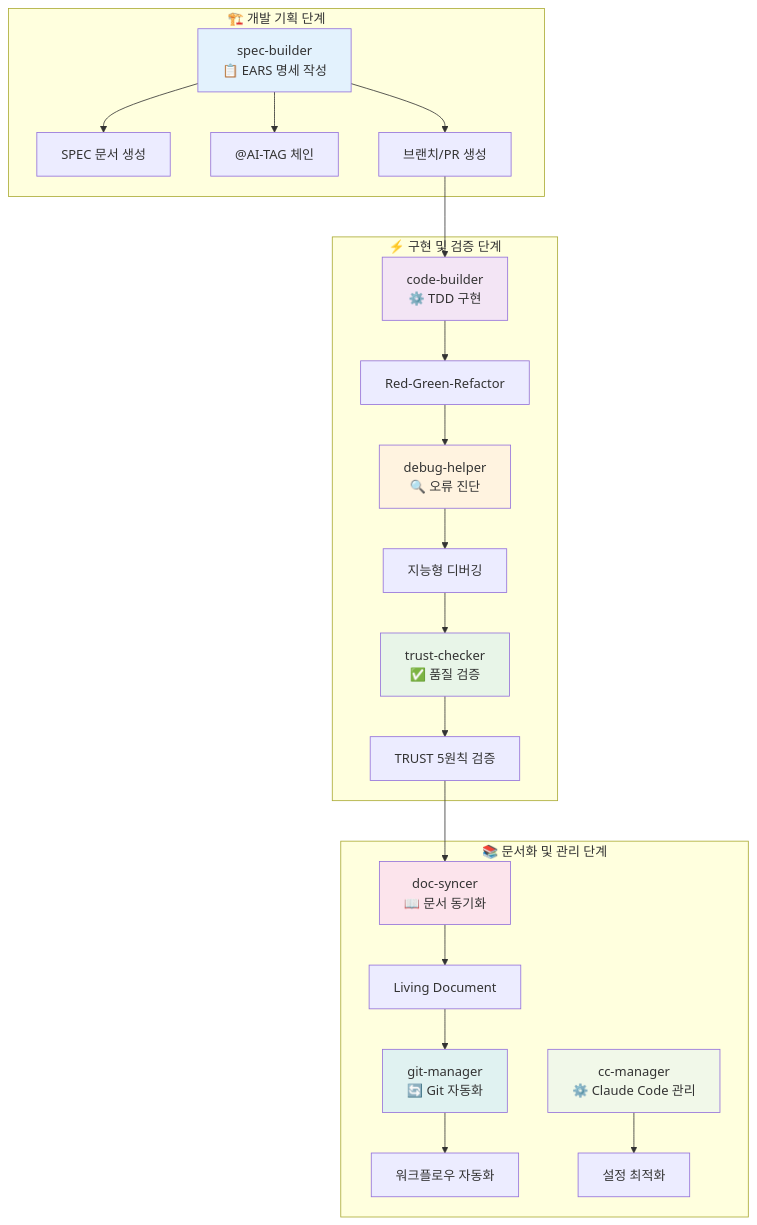
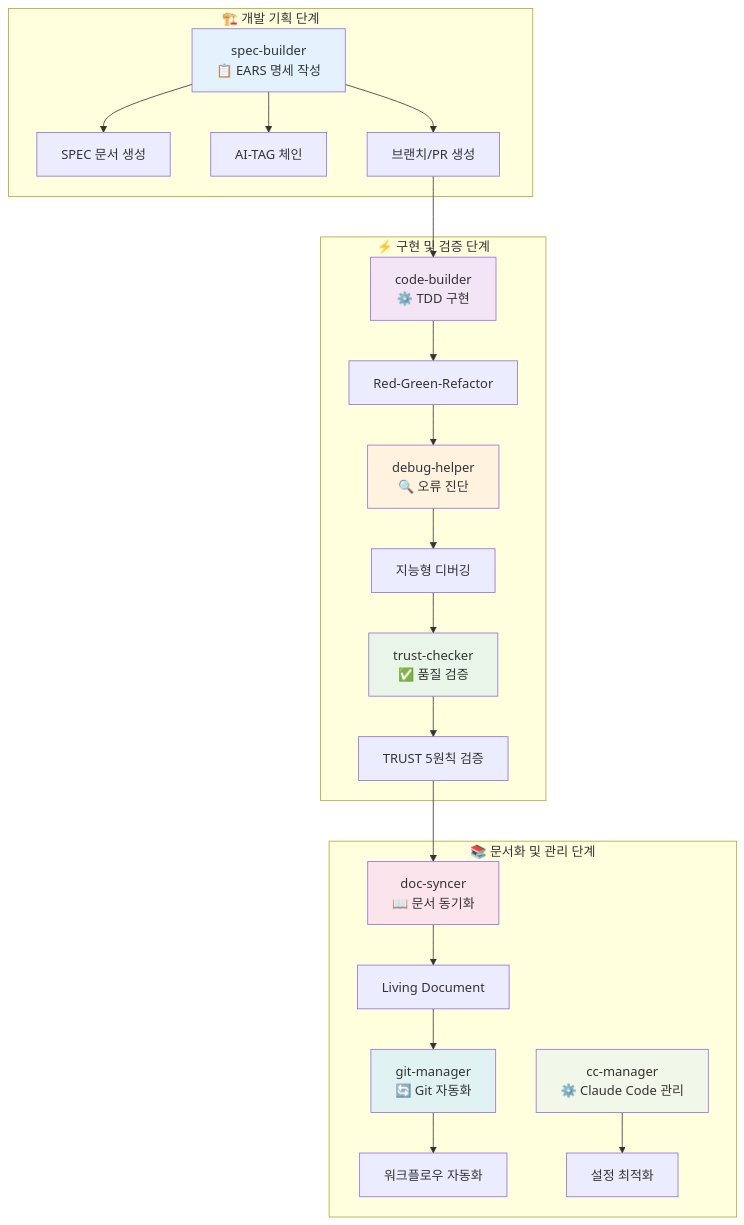
One commit to modu-ai/moai-adk changed the sixth of 6 diagrams in README.md. Above: the diagram before and after it, drawn with Mermaid. The commit also changed other lines of this file and 104 other files, not shown here.

````diff
--- a/README.md
+++ b/README.md
@@ -639,43 +639,43 @@
 ```mermaid
 graph TB
     subgraph "🏗️ 개발 기획 단계"
         A[spec-builder<br/>📋 EARS 명세 작성]
         A --> A1["SPEC 문서 생성"]
-        A --> A2["@AI-TAG 체인"]
+        A --> A2["AI-TAG 체인"]
         A --> A3["브랜치/PR 생성"]
     end
 
     subgraph "⚡ 구현 및 검증 단계"
         B[code-builder<br/>⚙️ TDD 구현]
         C[debug-helper<br/>🔍 오류 진단]
         D[trust-checker<br/>✅ 품질 검증]
 
         B --> B1["Red-Green-Refactor"]
         C --> C1["지능형 디버깅"]
         D --> D1["TRUST 5원칙 검증"]
     end
 
     subgraph "📚 문서화 및 관리 단계"
         E[doc-syncer<br/>📖 문서 동기화]
         F[git-manager<br/>🔄 Git 자동화]
         G[cc-manager<br/>⚙️ Claude Code 관리]
 
         E --> E1["Living Document"]
         F --> F1["워크플로우 자동화"]
         G --> G1["설정 최적화"]
     end
 
     A3 --> B
     B1 --> C
     C1 --> D
     D1 --> E
     E1 --> F
 
     style A fill:#e3f2fd
     style B fill:#f3e5f5
     style C fill:#fff3e0
     style D fill:#e8f5e8
     style E fill:#fce4ec
     style F fill:#e0f2f1
     style G fill:#f1f8e9
 ```
````
